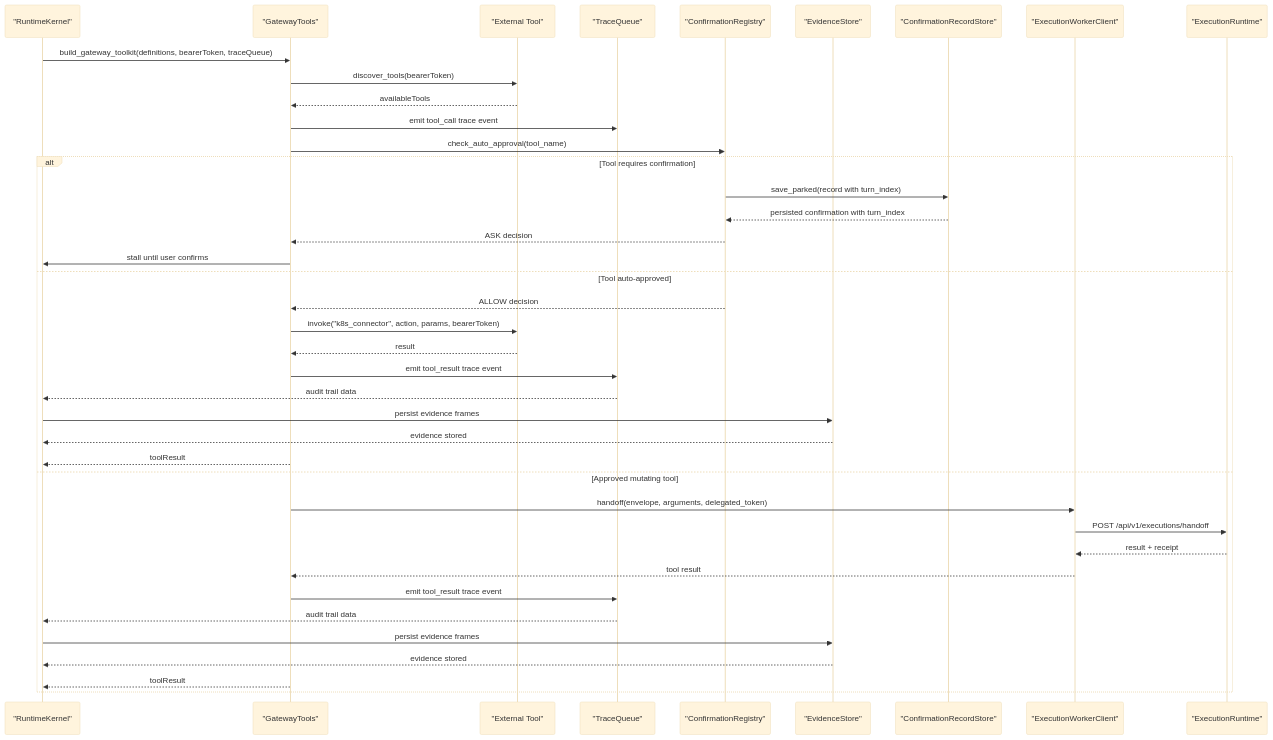
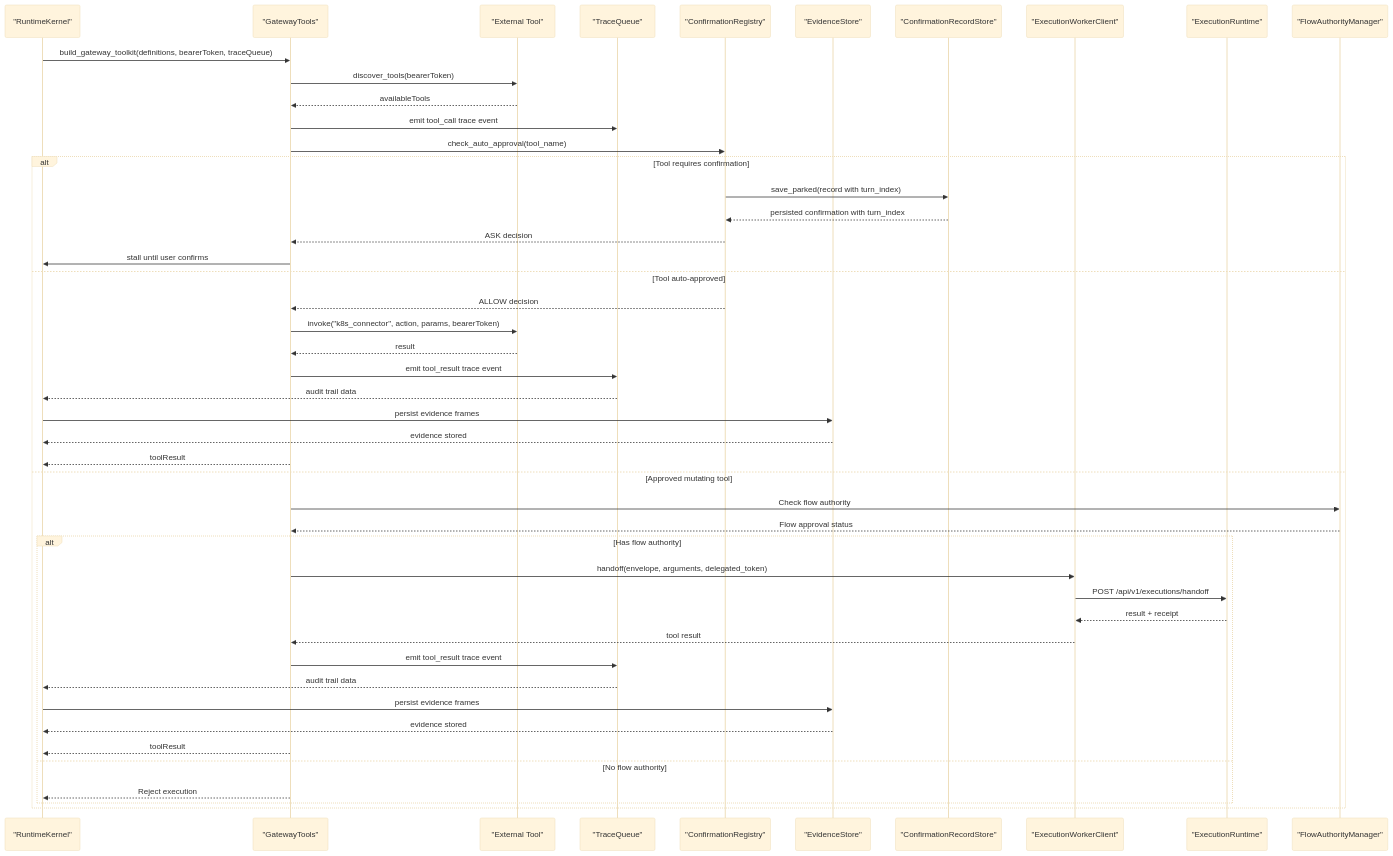
Diagram 28 of 49 in .qoder/repowiki/en/content/Agent Platform Service/Agent Platform Service.md (metasync/luban-aiops), drawn with Mermaid (base theme) before and after one commit. The commit also changed other lines of this file and 121 other files, not shown here.

````diff
--- a/.qoder/repowiki/en/content/Agent Platform Service/Agent Platform Service.md
+++ b/.qoder/repowiki/en/content/Agent Platform Service/Agent Platform Service.md
@@ -1582,42 +1750,49 @@
 ```mermaid
 sequenceDiagram
 participant Kernel as "RuntimeKernel"
 participant GatewayTools as "GatewayTools"
 participant External as "External Tool"
 participant Trace as "TraceQueue"
 participant HITL as "ConfirmationRegistry"
 participant EvStore as "EvidenceStore"
 participant ConfirmStore as "ConfirmationRecordStore"
 participant ExecWorker as "ExecutionWorkerClient"
 participant ExecRuntime as "ExecutionRuntime"
+participant FlowAuth as "FlowAuthorityManager"
 Kernel->>GatewayTools : build_gateway_toolkit(definitions, bearerToken, traceQueue)
 GatewayTools->>External : discover_tools(bearerToken)
 External-->>GatewayTools : availableTools
 GatewayTools->>Trace : emit tool_call trace event
 GatewayTools->>HITL : check_auto_approval(tool_name)
 alt Tool requires confirmation
 HITL->>ConfirmStore : save_parked(record with turn_index)
 ConfirmStore-->>HITL : persisted confirmation with turn_index
 HITL-->>GatewayTools : ASK decision
 GatewayTools->>Kernel : stall until user confirms
 else Tool auto-approved
 HITL-->>GatewayTools : ALLOW decision
 GatewayTools->>External : invoke("k8s_connector", action, params, bearerToken)
 External-->>GatewayTools : result
 GatewayTools->>Trace : emit tool_result trace event
 Trace-->>Kernel : audit trail data
 Kernel->>EvStore : persist evidence frames
 EvStore-->>Kernel : evidence stored
 GatewayTools-->>Kernel : toolResult
 else Approved mutating tool
+GatewayTools->>FlowAuth : Check flow authority
+FlowAuth-->>GatewayTools : Flow approval status
+alt Has flow authority
 GatewayTools->>ExecWorker : handoff(envelope, arguments, delegated_token)
 ExecWorker->>ExecRuntime : POST /api/v1/executions/handoff
 ExecRuntime-->>ExecWorker : result + receipt
 ExecWorker-->>GatewayTools : tool result
 GatewayTools->>Trace : emit tool_result trace event
 Trace-->>Kernel : audit trail data
 Kernel->>EvStore : persist evidence frames
 EvStore-->>Kernel : evidence stored
 GatewayTools-->>Kernel : toolResult
+else No flow authority
+GatewayTools-->>Kernel : Reject execution
+end
 end
 ```
````
